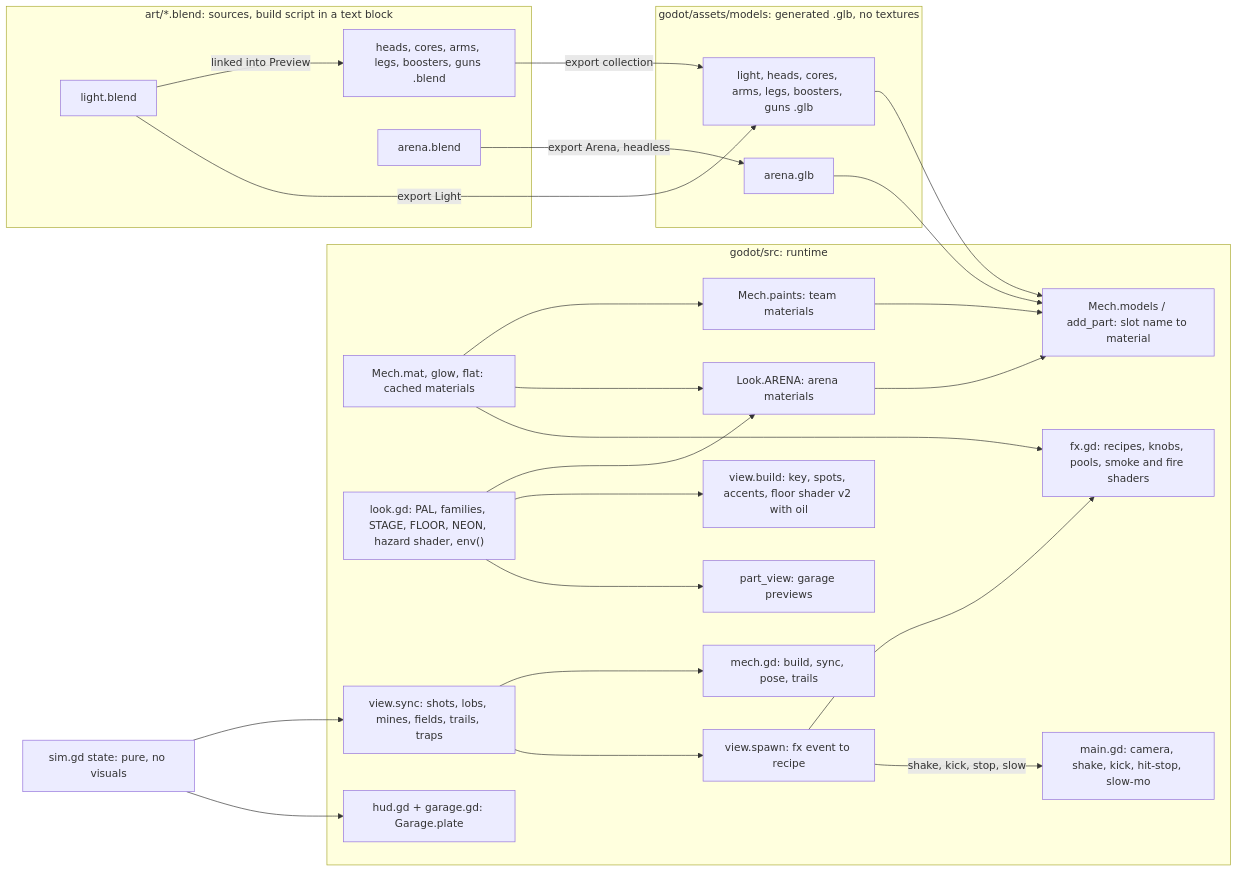
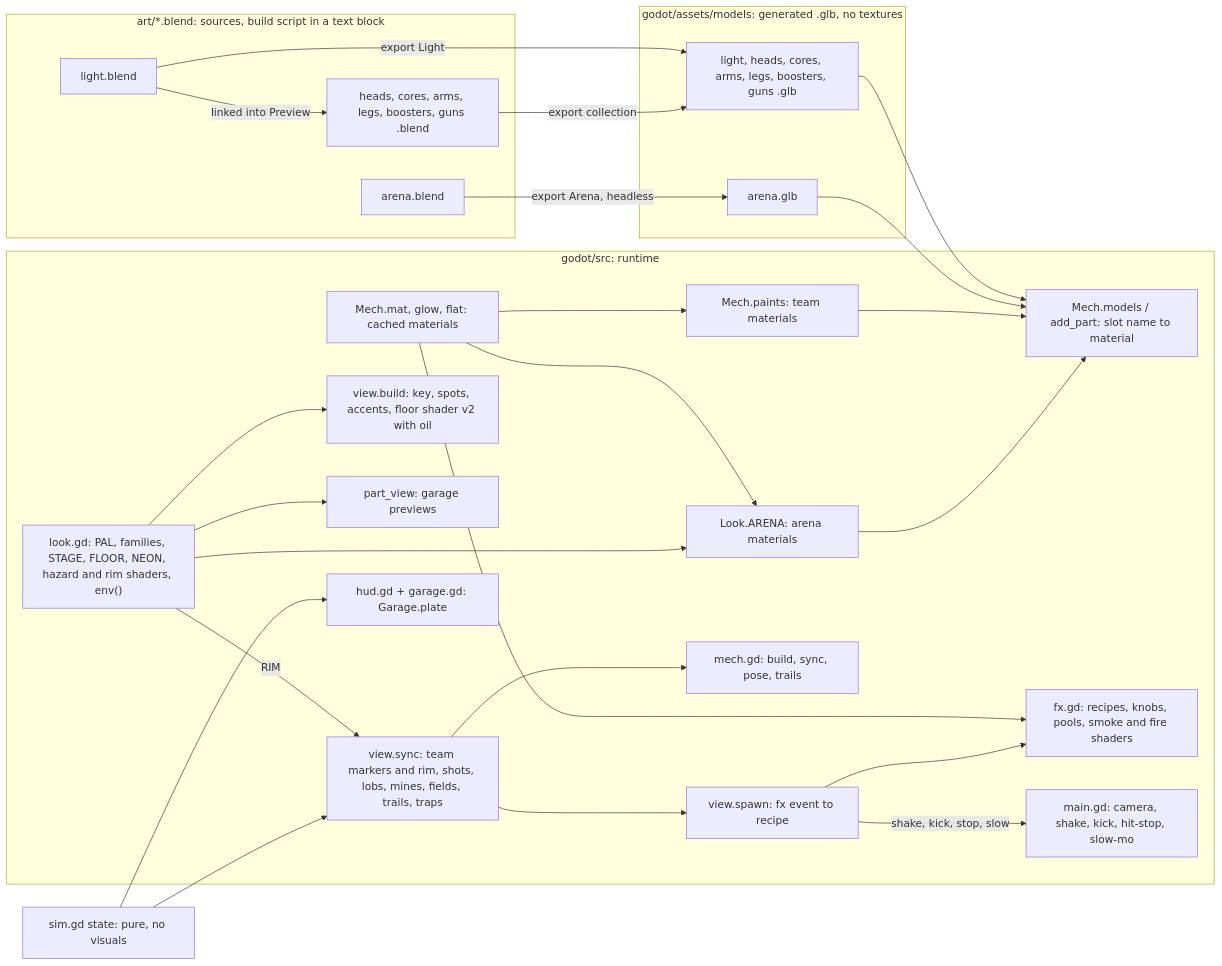
One commit to Vegm92/mech-duel changed the diagram in docs/visual-architecture.md. Above: the diagram before and after it, drawn with Mermaid. The commit also changed other lines of this file and 4 other files, not shown here.

````diff
--- a/docs/visual-architecture.md
+++ b/docs/visual-architecture.md
@@ -24,47 +24,48 @@
 ```mermaid
 flowchart LR
   subgraph SRC["art/*.blend: sources, build script in a text block"]
     light["light.blend"]
     parts["heads, cores, arms, legs, boosters, guns .blend"]
     arena["arena.blend"]
   end
   subgraph GLB["godot/assets/models: generated .glb, no textures"]
     gmech["light, heads, cores, arms, legs, boosters, guns .glb"]
     garena["arena.glb"]
   end
   light -->|"linked into Preview"| parts
   light -->|"export Light"| gmech
   parts -->|"export collection"| gmech
   arena -->|"export Arena, headless"| garena
   subgraph RT["godot/src: runtime"]
     models["Mech.models / add_part: slot name to material"]
     mat["Mech.mat, glow, flat: cached materials"]
     paints["Mech.paints: team materials"]
     arenam["Look.ARENA: arena materials"]
-    look["look.gd: PAL, families, STAGE, FLOOR, NEON, hazard shader, env()"]
+    look["look.gd: PAL, families, STAGE, FLOOR, NEON, hazard and rim shaders, env()"]
     env["view.build: key, spots, accents, floor shader v2 with oil"]
     pv["part_view: garage previews"]
     mech["mech.gd: build, sync, pose, trails"]
-    sync["view.sync: shots, lobs, mines, fields, trails, traps"]
+    sync["view.sync: team markers and rim, shots, lobs, mines, fields, trails, traps"]
     spawn["view.spawn: fx event to recipe"]
     fx["fx.gd: recipes, knobs, pools, smoke and fire shaders"]
     cam["main.gd: camera, shake, kick, hit-stop, slow-mo"]
     hud["hud.gd + garage.gd: Garage.plate"]
   end
   gmech --> models
   garena --> models
   mat --> paints
   mat --> arenam
   mat --> fx
   look --> arenam
   look --> env
   look --> pv
+  look -->|"RIM"| sync
   paints --> models
   arenam --> models
   sim["sim.gd state: pure, no visuals"] --> sync
   sync --> mech
   sync --> spawn
   spawn --> fx
   spawn -->|"shake, kick, stop, slow"| cam
   sim --> hud
 ```
````
